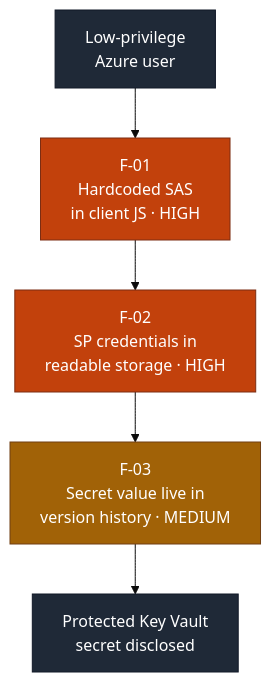
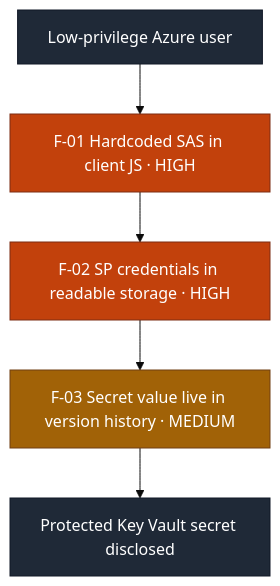
One commit to ouroboros-white/cybersecurity-portfolio changed the first of 2 diagrams in reports/cloud-attack-chain-azure-2026-08.md. Above: the diagram before and after it, drawn with Mermaid (base theme). The commit also changed 5 other files, not shown here.

First line of the commit message:
fix: drop <br/> from mermaid labels so diagrams render everywhere

````diff
--- a/reports/cloud-attack-chain-azure-2026-08.md
+++ b/reports/cloud-attack-chain-azure-2026-08.md
@@ -50,13 +50,13 @@
 ```mermaid
 flowchart TD
-    S["Low-privilege<br/>Azure user"] --> F1["F-01<br/>Hardcoded SAS<br/>in client JS · HIGH"]
-    F1 --> F2["F-02<br/>SP credentials in<br/>readable storage · HIGH"]
-    F2 --> F3["F-03<br/>Secret value live in<br/>version history · MEDIUM"]
-    F3 --> R["Protected Key Vault<br/>secret disclosed"]
+    S["Low-privilege Azure user"] --> F1["F-01 Hardcoded SAS in client JS · HIGH"]
+    F1 --> F2["F-02 SP credentials in readable storage · HIGH"]
+    F2 --> F3["F-03 Secret value live in version history · MEDIUM"]
+    F3 --> R["Protected Key Vault secret disclosed"]
     classDef high fill:#c2410c,stroke:#7c2d12,color:#ffffff;
     classDef med fill:#a16207,stroke:#713f12,color:#ffffff;
     classDef term fill:#1f2937,stroke:#111827,color:#ffffff;
     class F1,F2 high;
     class F3 med;
     class S,R term;
 ```
````
